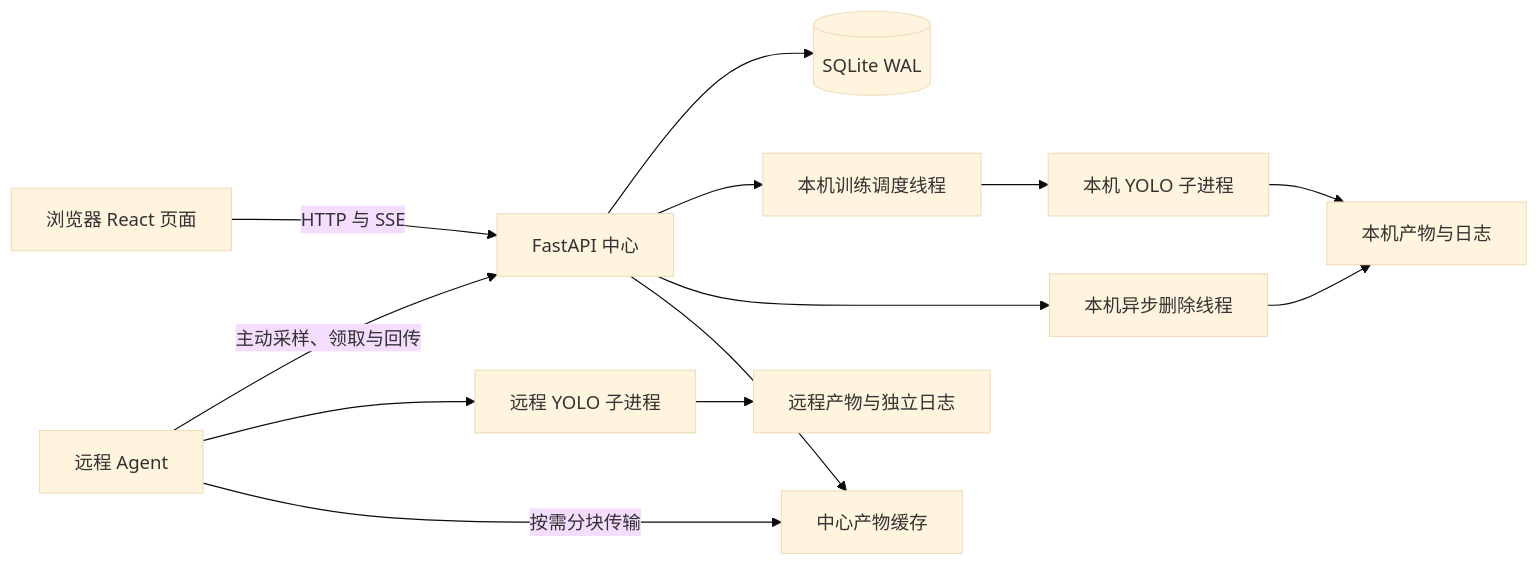
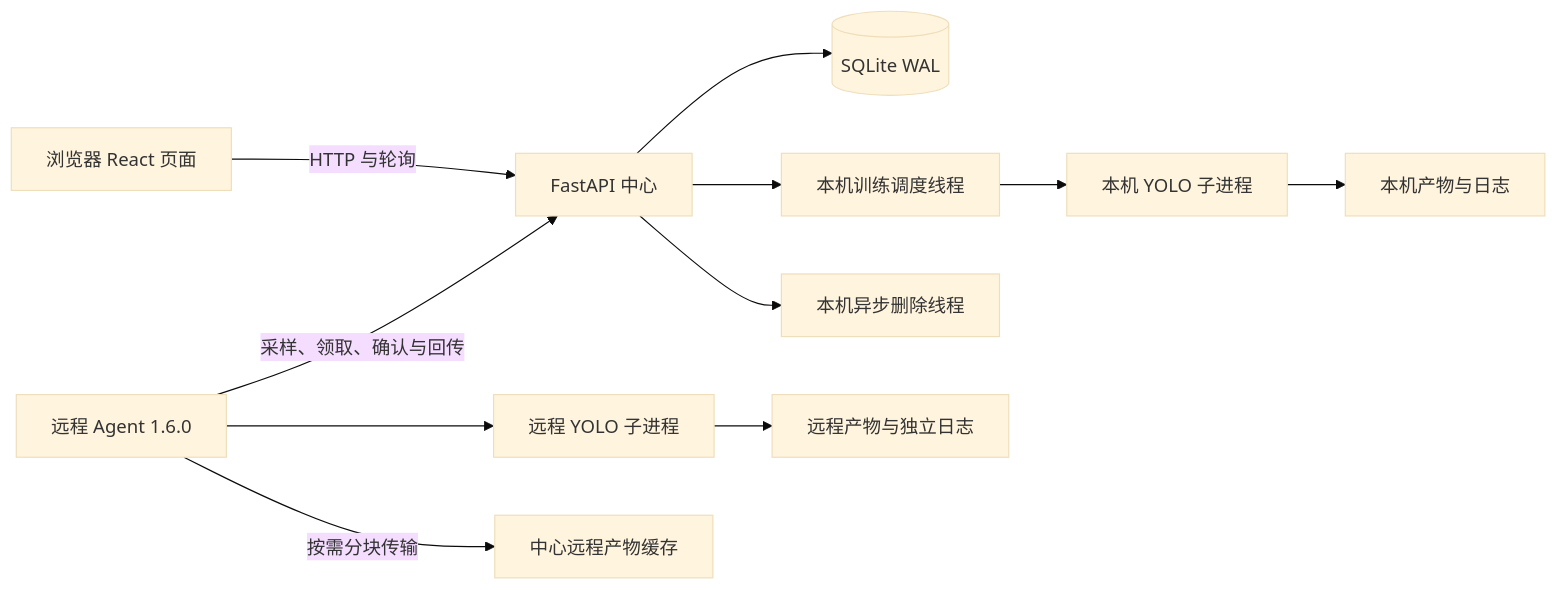
The diagram in docs/project-analysis.md (scsg666g/yolo-xlpt), drawn with Mermaid (base theme) before and after one commit. The commit also changed other lines of this file and 4 other files, not shown here.

````diff
--- a/docs/project-analysis.md
+++ b/docs/project-analysis.md
@@ -17,15 +26,13 @@
 ```mermaid
 flowchart LR
-    UI[浏览器 React 页面] -->|HTTP 与 SSE| API[FastAPI 中心]
+    UI[浏览器 React 页面] -->|HTTP 与轮询| API[FastAPI 中心]
     API --> DB[(SQLite WAL)]
     API --> S[本机训练调度线程]
     S --> CLI[本机 YOLO 子进程]
     CLI --> FS[本机产物与日志]
     API --> D[本机异步删除线程]
-    D --> FS
-    AG[远程 Agent] -->|主动采样、领取与回传| API
+    AG[远程 Agent 1.6.0] -->|采样、领取、确认与回传| API
     AG --> RC[远程 YOLO 子进程]
     RC --> RF[远程产物与独立日志]
-    AG -->|按需分块传输| CACHE[中心产物缓存]
-    API --> CACHE
+    AG -->|按需分块传输| CACHE[中心远程产物缓存]
 ```
````
